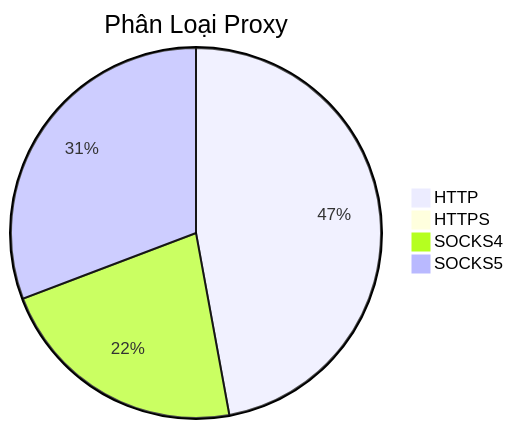
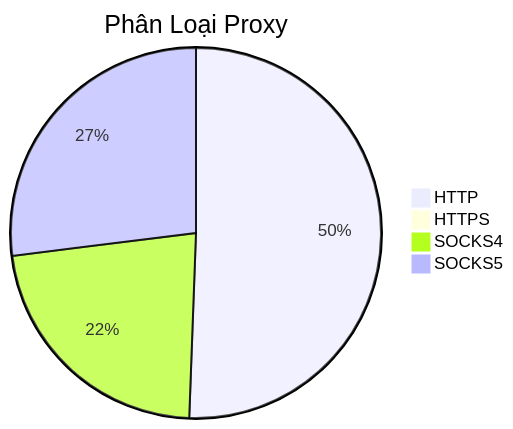
The diagram in README.md (Ciara-Aa/PROXY-free), drawn with Mermaid before and after one commit. The commit also changed other lines of this file and 4 other files, not shown here.

````diff
--- a/README.md
+++ b/README.md
@@ -26,7 +26,7 @@
 ```mermaid
 pie title Phân Loại Proxy
-    "HTTP" : 343
-    "HTTPS" : 5
-    "SOCKS4" : 161
-    "SOCKS5" : 224
+    "HTTP" : 435
+    "HTTPS" : 4
+    "SOCKS4" : 193
+    "SOCKS5" : 232
 ```
````
